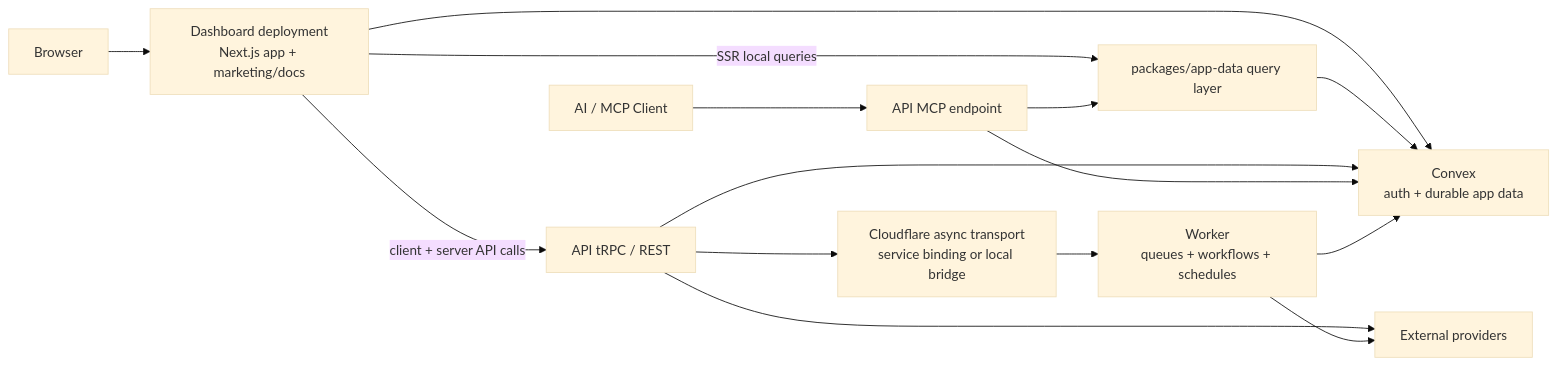
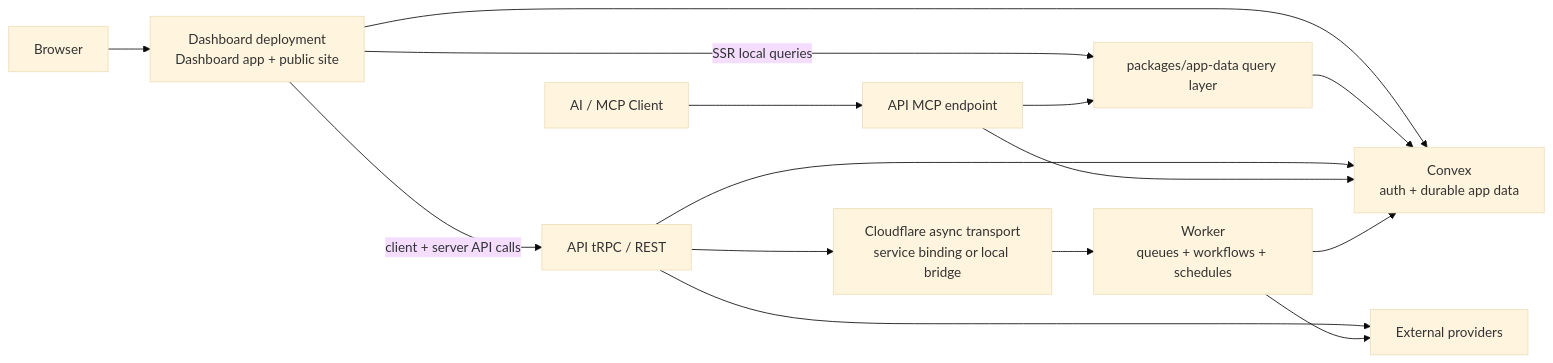
Before and after one commit to fightingentropy/tamias: the diagram in README.md, drawn with Mermaid (base theme). The commit also changed other lines of this file and 758 other files, not shown here.

Commit message:
Simplify dashboard architecture and speed up app loads

````diff
--- a/README.md
+++ b/README.md
@@ -39,20 +39,20 @@
 ```mermaid
 flowchart LR
-  Browser["Browser"] --> Dashboard["Dashboard deployment<br/>Next.js app + marketing/docs"]
+  Browser["Browser"] --> Dashboard["Dashboard deployment<br/>Dashboard app + public site"]
   AIClient["AI / MCP Client"] --> MCP["API MCP endpoint"]
 
   Dashboard -->|SSR local queries| QueryLayer["packages/app-data query layer"]
   Dashboard -->|client + server API calls| TRPC["API tRPC / REST"]
   Dashboard --> Convex["Convex<br/>auth + durable app data"]
 
   QueryLayer --> Convex
   TRPC --> Convex
   TRPC --> AsyncBridge["Cloudflare async transport<br/>service binding or local bridge"]
   TRPC --> Providers["External providers"]
   MCP --> Convex
   MCP --> QueryLayer
 
   AsyncBridge --> Worker["Worker<br/>queues + workflows + schedules"]
   Worker --> Convex
   Worker --> Providers
 ```
````
